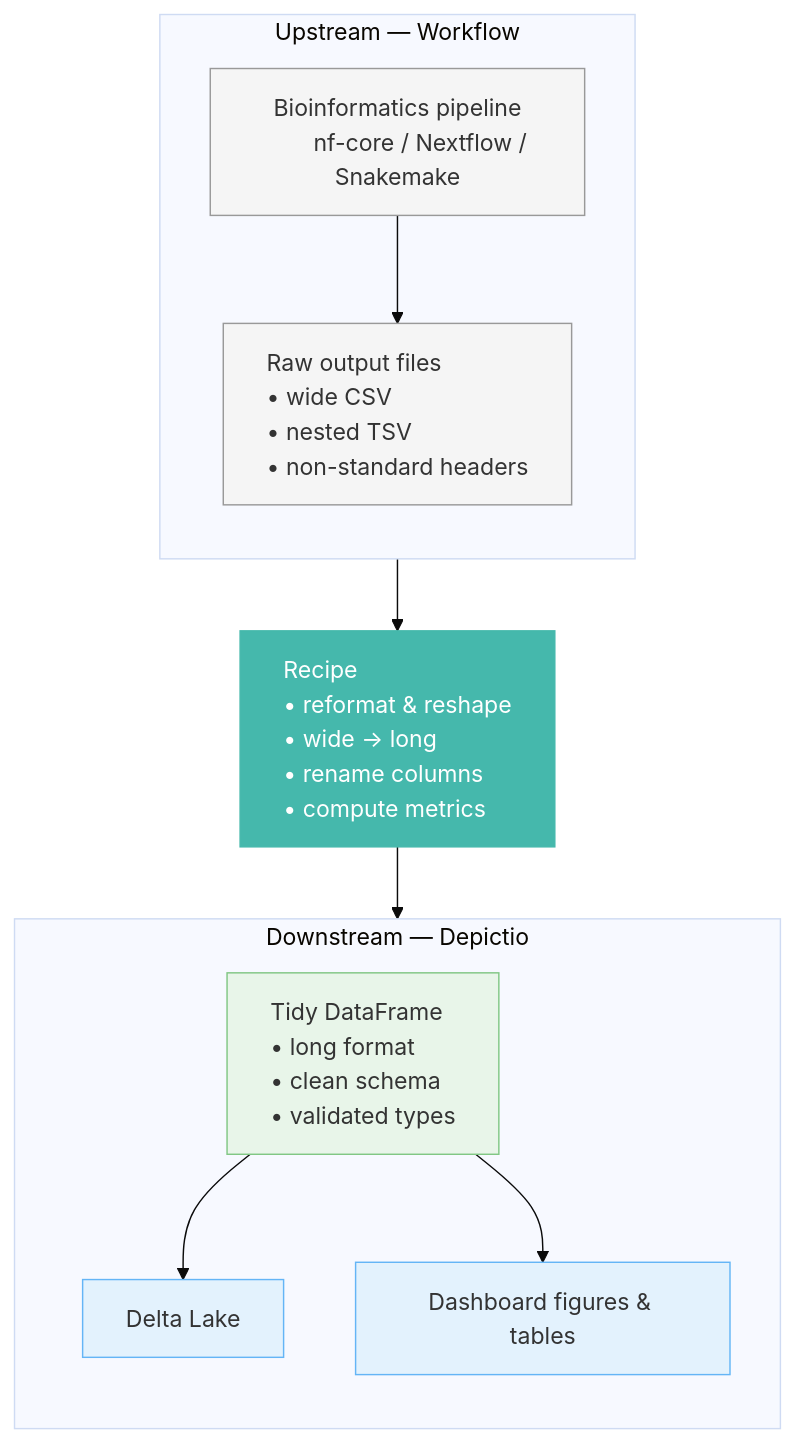
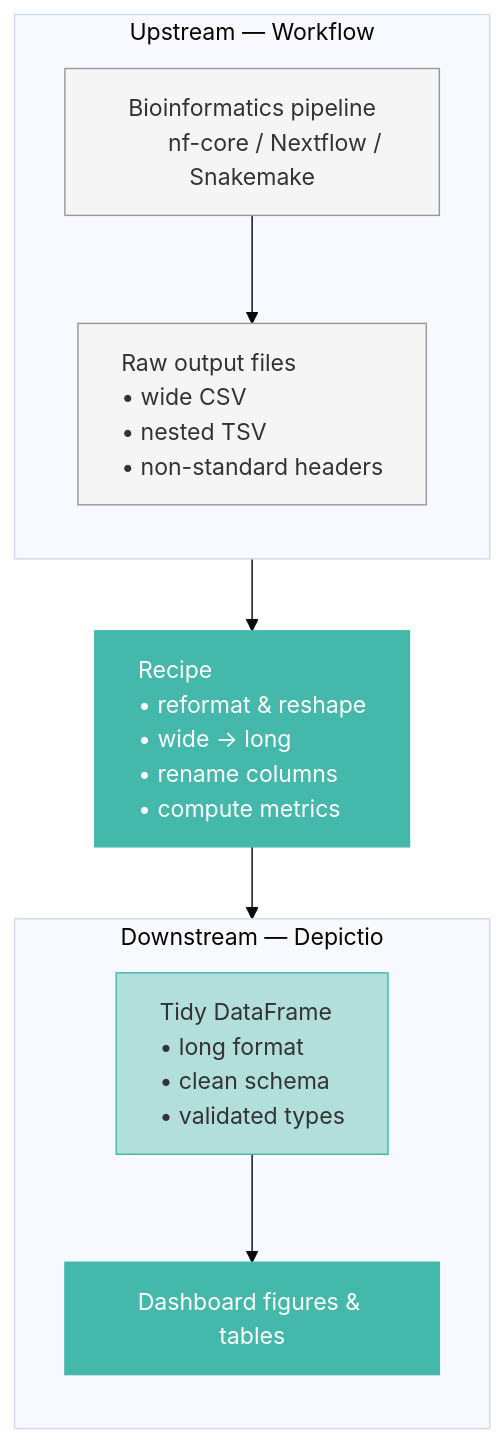
One commit to depictio/depictio-docs changed the diagram in docs/usage/projects/recipes.md. Above: the diagram before and after it, drawn with Mermaid (base theme). The commit also changed 1 other file, not shown here.

Commit message:
Update recipes diagram and highlight template Step 0

````diff
--- a/docs/usage/projects/recipes.md
+++ b/docs/usage/projects/recipes.md
@@ -5,41 +5,39 @@
 ```mermaid
 flowchart TD
     classDef leftText text-align:left
 
     subgraph up["Upstream — Workflow"]
         direction TD
         W["Bioinformatics pipeline
         nf-core / Nextflow / Snakemake"]
         W --> R["Raw output files
         • wide CSV
         • nested TSV
         • non-standard headers"]
     end
 
     T["Recipe
     • reformat & reshape
     • wide → long
     • rename columns
     • compute metrics"]
 
     subgraph down["Downstream — Depictio"]
         direction TD
         D["Tidy DataFrame
         • long format
         • clean schema
         • validated types"]
-        D --> DL["Delta Lake"]
         D --> V["Dashboard figures & tables"]
     end
 
     up --> T
     T --> down
 
     style W fill:#f5f5f5,stroke:#999
     style R fill:#f5f5f5,stroke:#999
     style T fill:#45B8AC,color:#fff,stroke:#45B8AC
-    style D fill:#e8f5e9,stroke:#81c784
-    style DL fill:#e3f2fd,stroke:#64b5f6
-    style V fill:#e3f2fd,stroke:#64b5f6
+    style D fill:#b2dfdb,stroke:#45B8AC
+    style V fill:#45B8AC,color:#fff,stroke:#45B8AC
     class R,T,D leftText
 ```
````
